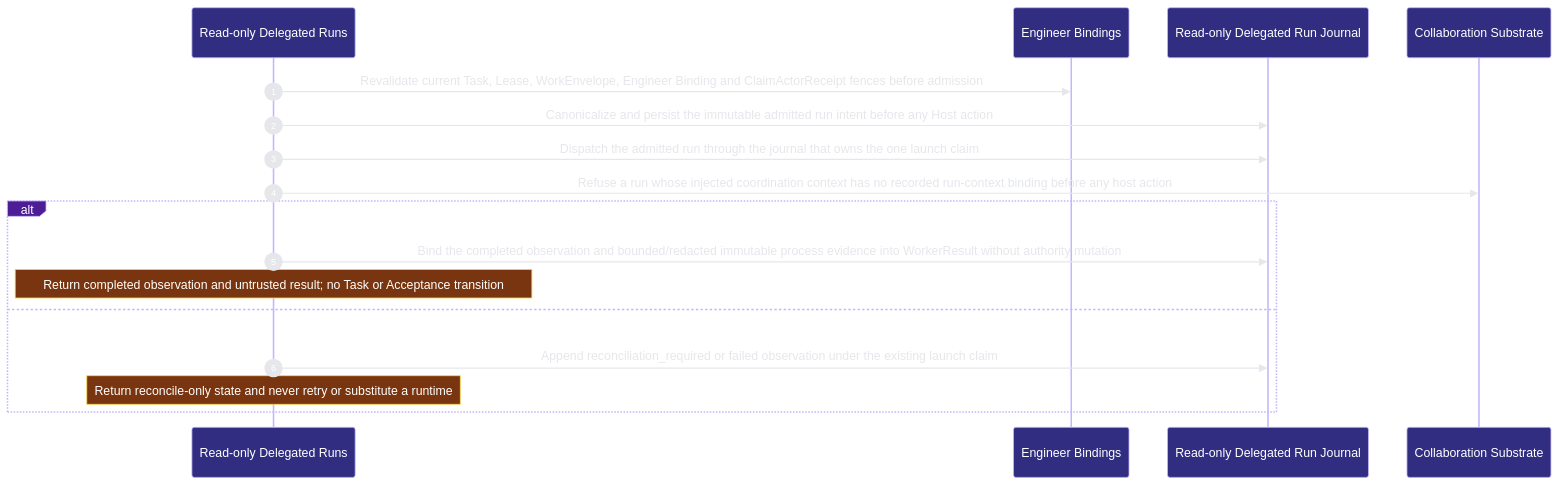
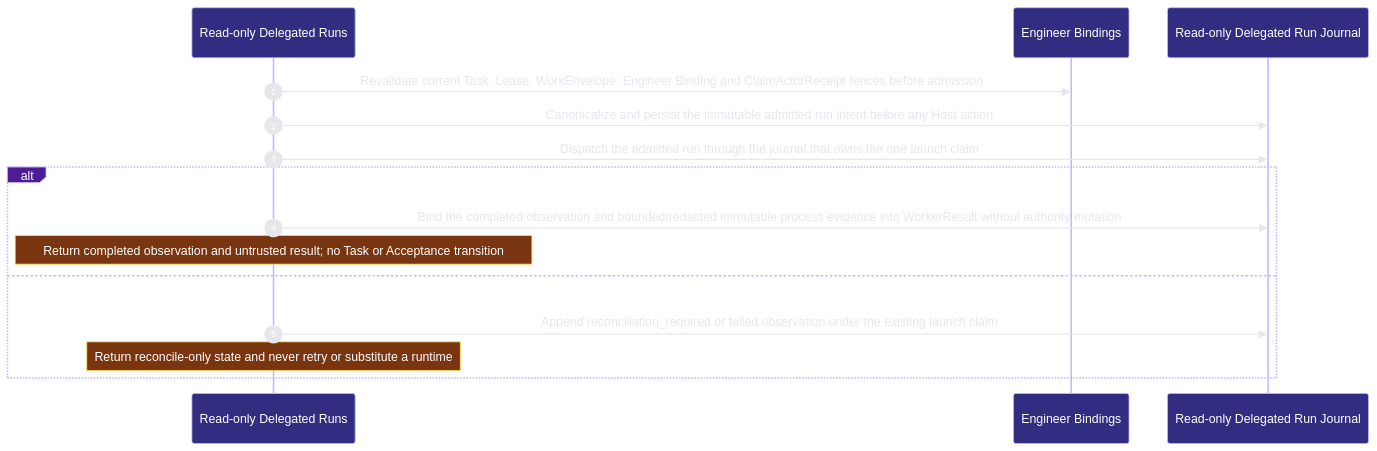
The second of 2 diagrams in docs/architecture/modules/runtime-harness/delegated-runs.md (Ancienttwo/repo-harness), drawn with Mermaid before and after one commit. The commit also changed other lines of this file and 20 other files, not shown here.

````diff
--- a/docs/architecture/modules/runtime-harness/delegated-runs.md
+++ b/docs/architecture/modules/runtime-harness/delegated-runs.md
@@ -89,20 +82,18 @@
 ```mermaid
 %%{init: {"theme":"base","themeVariables":{"background":"#0d1117","actorBkg":"#312e81","actorBorder":"#c4b5fd","actorTextColor":"#ffffff","signalColor":"#e5e7eb","signalTextColor":"#e5e7eb","labelBoxBkgColor":"#4c1d95","labelBoxBorderColor":"#c4b5fd","labelTextColor":"#ffffff","noteBkgColor":"#78350f","noteBorderColor":"#fcd34d","noteTextColor":"#ffffff","sequenceNumberColor":"#ffffff"}}}%%
 sequenceDiagram
   autonumber
   participant p2_delegated_run_journal_781391f9 as Read-only Delegated Runs
   participant p2_binding_authority_b56d10c4 as Engineer Bindings
   participant p2_delegated_run_schema_0652b33a as Read-only Delegated Run Journal
-  participant p2_collaboration_fence_e27409aa as Collaboration Substrate
   p2_delegated_run_journal_781391f9->>p2_binding_authority_b56d10c4: Revalidate current Task#44; Lease#44; WorkEnvelope#44; Engineer Binding and ClaimActorReceipt fences before admission
   p2_delegated_run_journal_781391f9->>p2_delegated_run_schema_0652b33a: Canonicalize and persist the immutable admitted run intent before any Host action
   p2_delegated_run_journal_781391f9->>p2_delegated_run_schema_0652b33a: Dispatch the admitted run through the journal that owns the one launch claim
-  p2_delegated_run_journal_781391f9->>p2_collaboration_fence_e27409aa: Refuse a run whose injected coordination context has no recorded run-context binding before any host action
   alt One immutable launch claim admits at most one read-only host action and returns only untrusted receipt-bound evidence
   p2_delegated_run_journal_781391f9->>p2_delegated_run_schema_0652b33a: Bind the completed observation and bounded/redacted immutable process evidence into WorkerResult without authority mutation
     Note over p2_delegated_run_journal_781391f9: Return completed observation and untrusted result#59; no Task or Acceptance transition
   else Lost acknowledgement#44; stale authority or protected-state drift fails closed without another host action
   p2_delegated_run_journal_781391f9->>p2_delegated_run_schema_0652b33a: Append reconciliation_required or failed observation under the existing launch claim
     Note over p2_delegated_run_journal_781391f9: Return reconcile-only state and never retry or substitute a runtime
   end
 ```
````
